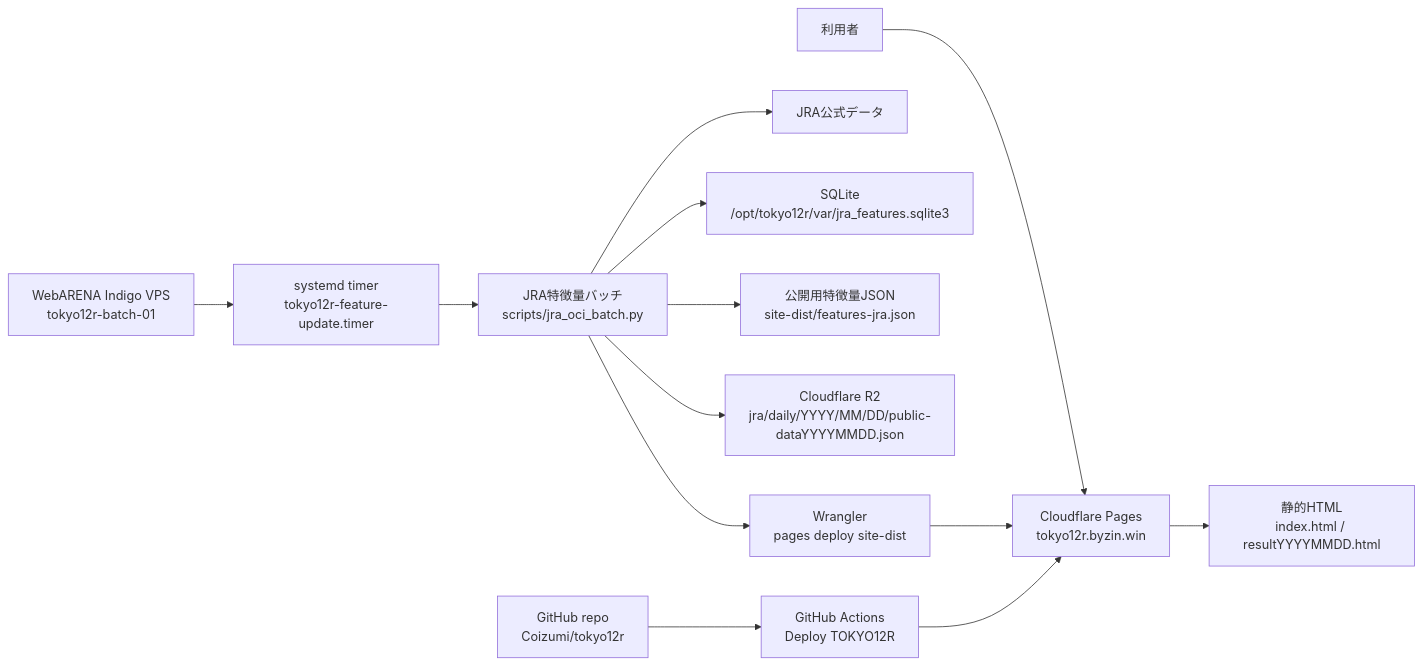
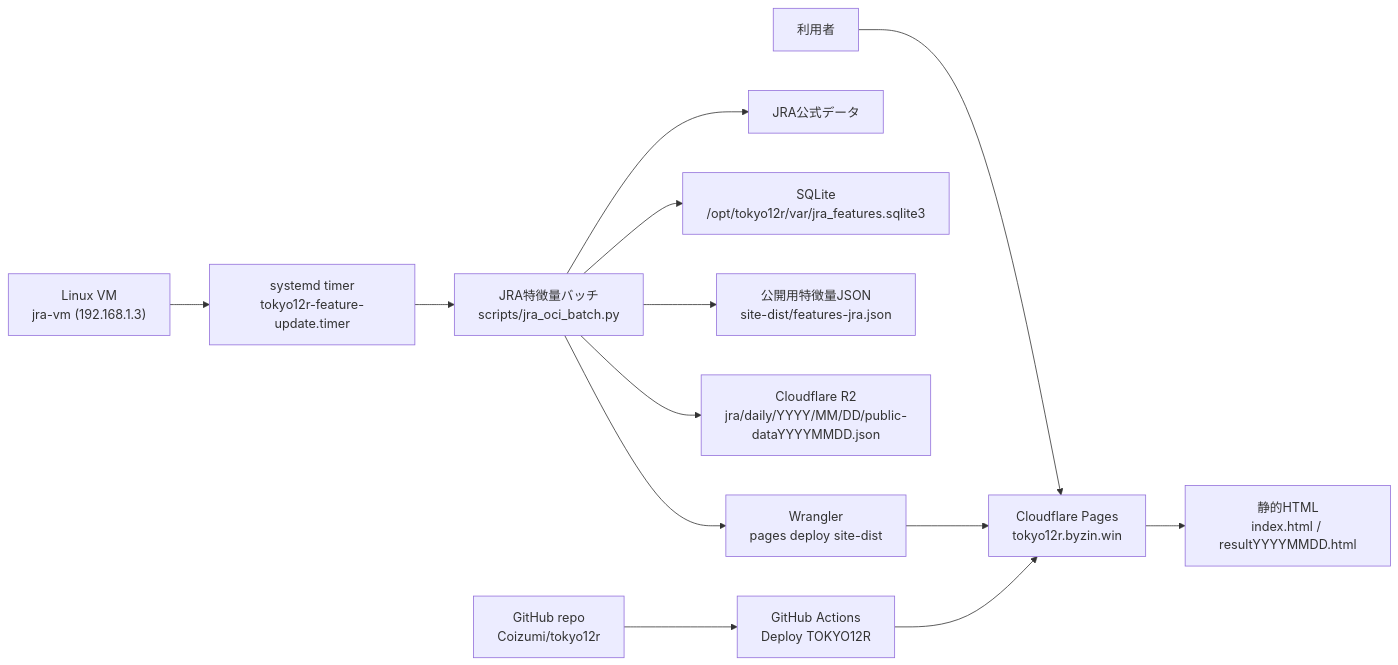
One commit to Coizumi/tokyo12r changed the diagram in specs.md. Above: the diagram before and after it, drawn with Mermaid. The commit also changed other lines of this file and 3 other files, not shown here.

Commit message:
Migrate batch execution infrastructure from WebARENA to local Linux VM (jra-vm)

````diff
--- a/specs.md
+++ b/specs.md
@@ -45,18 +42,18 @@
 ```mermaid
 flowchart LR
   user["利用者"] --> pages["Cloudflare Pages<br/>tokyo12r.byzin.win"]
   pages --> html["静的HTML<br/>index.html / resultYYYYMMDD.html"]
 
-  vps["WebARENA Indigo VPS<br/>tokyo12r-batch-01"]
-  vps --> systemd["systemd timer<br/>tokyo12r-feature-update.timer"]
+  vm["Linux VM<br/>jra-vm (192.168.1.3)"]
+  vm --> systemd["systemd timer<br/>tokyo12r-feature-update.timer"]
   systemd --> batch["JRA特徴量バッチ<br/>scripts/jra_oci_batch.py"]
   batch --> jra["JRA公式データ"]
   batch --> sqlite["SQLite<br/>/opt/tokyo12r/var/jra_features.sqlite3"]
   batch --> features["公開用特徴量JSON<br/>site-dist/features-jra.json"]
   batch --> r2["Cloudflare R2<br/>jra/daily/YYYY/MM/DD/public-dataYYYYMMDD.json"]
   batch --> cfdeploy["Wrangler<br/>pages deploy site-dist"]
   cfdeploy --> pages
 
   repo["GitHub repo<br/>Coizumi/tokyo12r"] --> actions["GitHub Actions<br/>Deploy TOKYO12R"]
   actions --> pages
 ```
````
